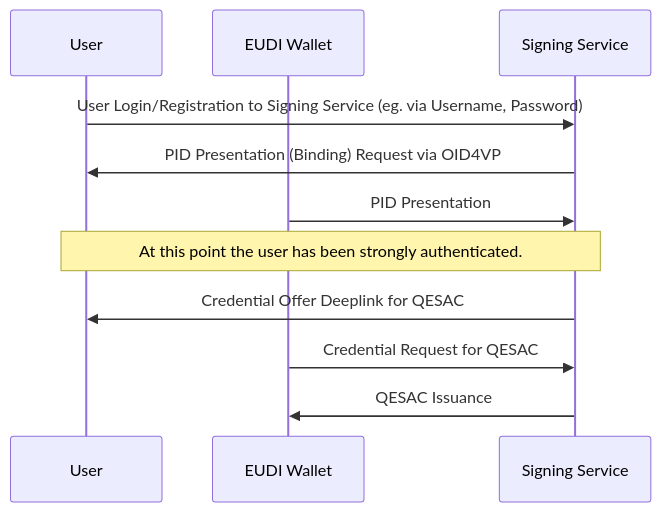
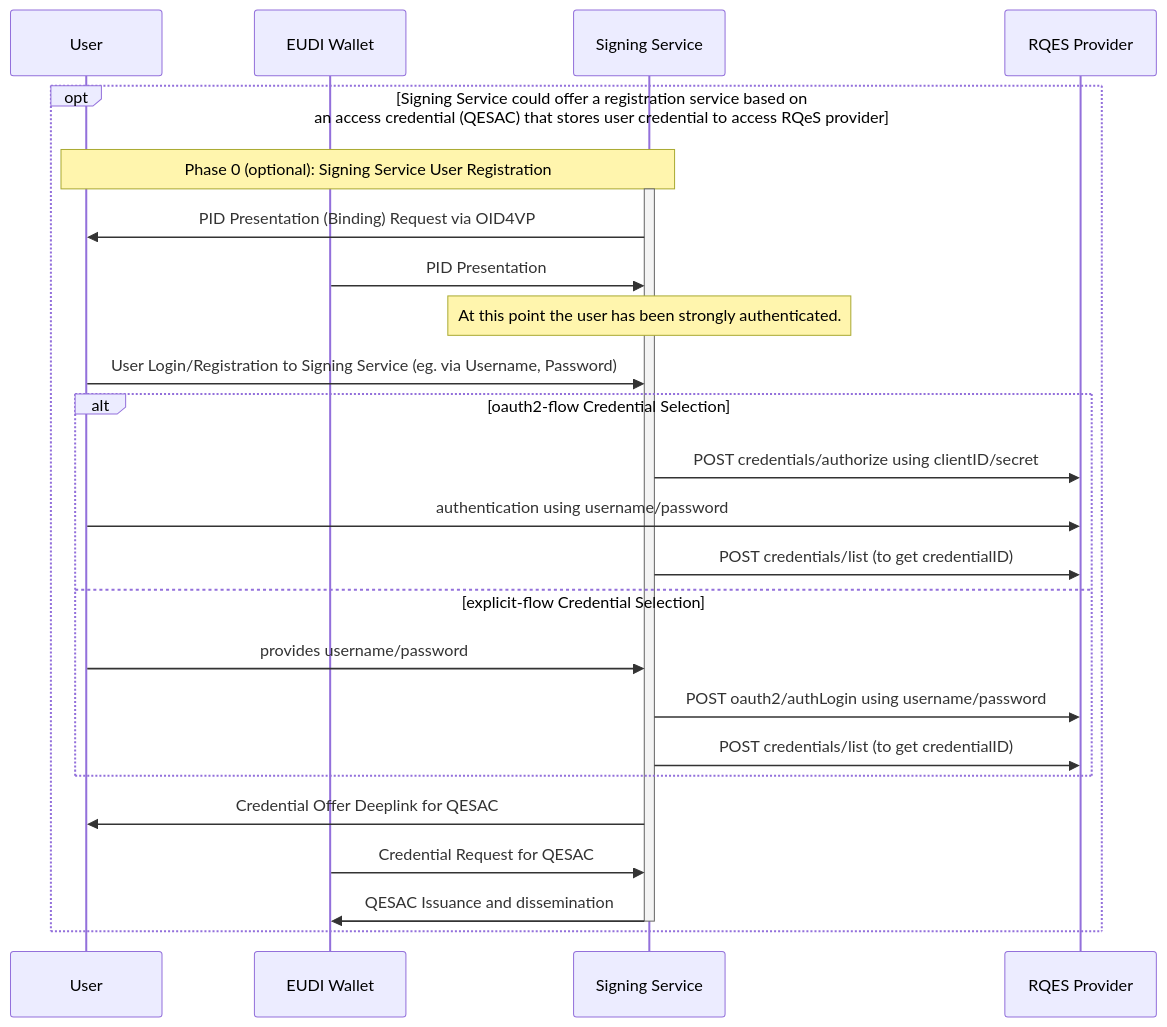
The second of 7 diagrams in ewc-rfc010-long-term-certifice-qes-creation.md (EWC-consortium/eudi-wallet-rfcs), drawn with Mermaid before and after one commit. The commit also changed other lines of this file, not shown here.

````diff
--- a/ewc-rfc010-long-term-certifice-qes-creation.md
+++ b/ewc-rfc010-long-term-certifice-qes-creation.md
@@ -148,15 +167,28 @@
 ```mermaid
    sequenceDiagram
   participant User
   participant EUDI Wallet
   participant Signing Service
 
-  User->>Signing Service: User Login/Registration to Signing Service (eg. via Username, Password)
-  Signing Service->>User: PID Presentation (Binding) Request via OID4VP
-  EUDI Wallet->>Signing Service: PID Presentation
-  Note over User, Signing Service: At this point the user has been strongly authenticated.
-  
-  Signing Service->>User: Credential Offer Deeplink for QESAC
-  EUDI Wallet->>Signing Service: Credential Request for QESAC
-  Signing Service->>EUDI Wallet: QESAC Issuance
+opt Signing Service could offer a registration service based on <br/>an access credential (QESAC) that stores user credential to access RQeS provider
+    Note over User, Signing Service: Phase 0 (optional): Signing Service User Registration
+      activate Signing Service
+      Signing Service->>User: PID Presentation (Binding) Request via OID4VP
+      EUDI Wallet->>Signing Service: PID Presentation
+      Note over Signing Service: At this point the user has been strongly authenticated.
+      User->>Signing Service: User Login/Registration to Signing Service (eg. via Username, Password)
+      alt  oauth2-flow Credential Selection
+        Signing Service->>RQES Provider: POST credentials/authorize using clientID/secret
+        User->>RQES Provider: authentication using username/password
+        Signing Service->>RQES Provider: POST credentials/list (to get credentialID)
+      else explicit-flow Credential Selection
+        User->>Signing Service: provides username/password
+        Signing Service->>RQES Provider: POST oauth2/authLogin using username/password
+        Signing Service->>RQES Provider: POST credentials/list (to get credentialID)
+      end
+    Signing Service->>User: Credential Offer Deeplink for QESAC
+    EUDI Wallet->>Signing Service: Credential Request for QESAC
+    Signing Service->>EUDI Wallet: QESAC Issuance and dissemination
+    deactivate Signing Service
+    end
 ```
````
